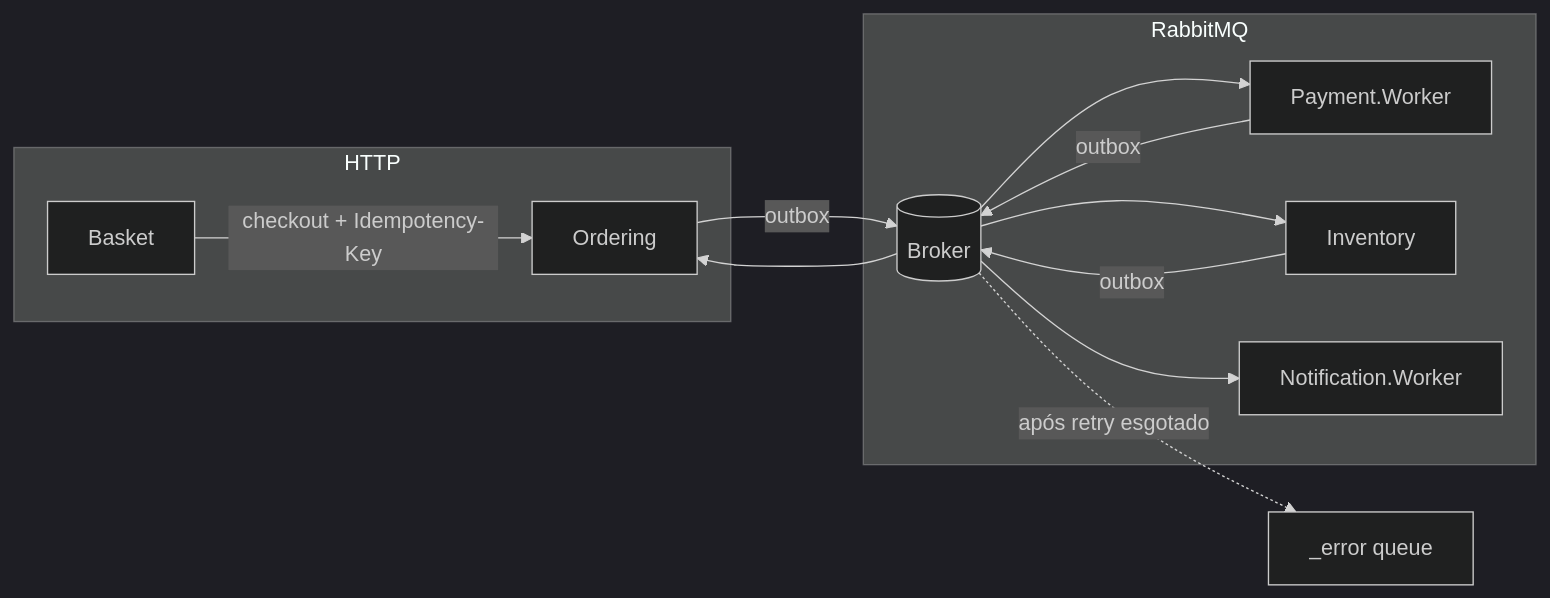
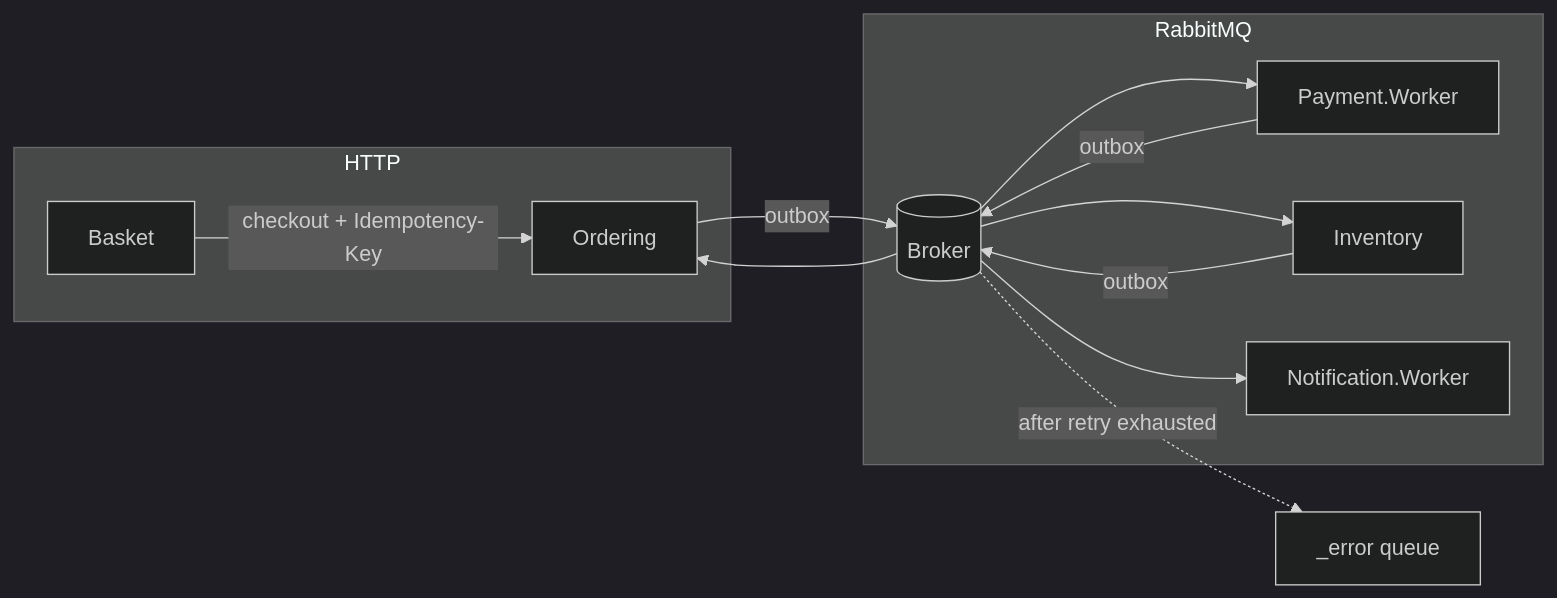
The diagram in docs/service-communication.md (luismpenholato/Microservices.Ecommerce), drawn with Mermaid (dark theme) before and after one commit. The commit also changed other lines of this file and 31 other files, not shown here.

````diff
--- a/docs/service-communication.md
+++ b/docs/service-communication.md
@@ -81,16 +81,16 @@
 ```mermaid
 flowchart LR
     subgraph sync [HTTP]
         B[Basket] -->|checkout + Idempotency-Key| O[Ordering]
     end
     subgraph async [RabbitMQ]
         O -->|outbox| RMQ[(Broker)]
         RMQ --> P[Payment.Worker]
         RMQ --> I[Inventory]
         RMQ --> O
         P -->|outbox| RMQ
         I -->|outbox| RMQ
         RMQ --> N[Notification.Worker]
     end
-    RMQ -.->|após retry esgotado| ERR["_error queue"]
+    RMQ -.->|after retry exhausted| ERR["_error queue"]
 ```
````
